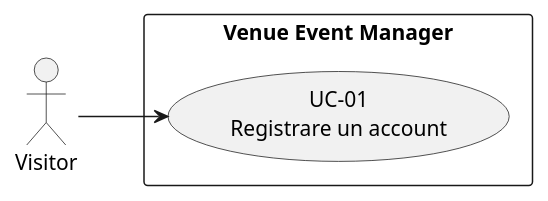
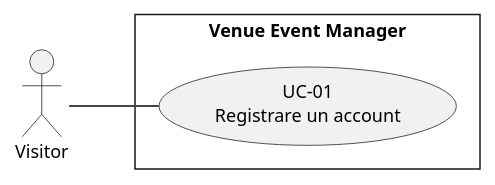
The diagram in docs/diagrams/use-cases/use-cases-visitor.puml (MeruemMeurel/Venue_Event_Organiser), drawn with PlantUML before and after one commit. The commit also changed 3 other files, not shown here.

Commit message:
Docs: Use cases plantUml and svg file for User. Fix: Use cases plantUML use line instead of arrows

```diff
--- a/docs/diagrams/use-cases/use-cases-visitor.puml
+++ b/docs/diagrams/use-cases/use-cases-visitor.puml
@@ -1,12 +1,21 @@
 @startuml
+
+skinparam style strictuml
+skinparam shadowing false
+skinparam DefaultFontName "Helvetica"
+skinparam DefaultFontSize 12
+skinparam ArrowThickness 1.2
+skinparam ArrowFontSize 11
+skinparam ArrowColor #444444
+
 left to right direction
 
 actor Visitor
 
 rectangle "Venue Event Manager" {
     usecase "UC-01\nRegistrare un account" as UC01
 }
 
-Visitor --> UC01
+Visitor -- UC01
 
 @enduml
```
